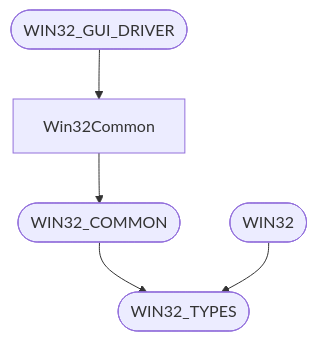
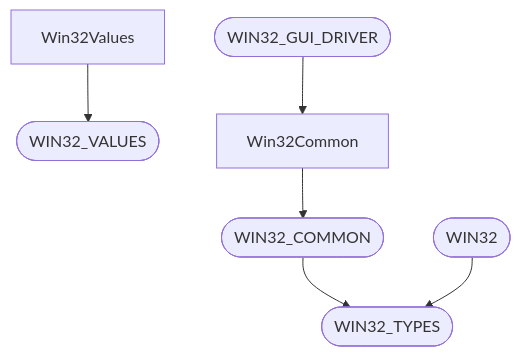
Before and after one commit to ruudkoot/rune: the second of 2 diagrams in docs/lib/ffi/win32/common/depends.md, drawn with Mermaid. The commit also changed other lines of this file and 43 other files, not shown here.

````diff
--- a/docs/lib/ffi/win32/common/depends.md
+++ b/docs/lib/ffi/win32/common/depends.md
@@ -31,12 +31,15 @@
 ```mermaid
 flowchart TD
-  n0(["WIN32_TYPES"])
-  n1(["WIN32_COMMON"])
-  n2["Win32Common"]
-  n3(["WIN32_GUI_DRIVER"])
-  n4(["WIN32"])
+  n0(["WIN32_VALUES"])
+  n1["Win32Values"]
+  n2(["WIN32_TYPES"])
+  n3(["WIN32_COMMON"])
+  n4["Win32Common"]
+  n5(["WIN32_GUI_DRIVER"])
+  n6(["WIN32"])
   n1 --> n0
-  n2 --> n1
   n3 --> n2
-  n4 --> n0
+  n4 --> n3
+  n5 --> n4
+  n6 --> n2
 ```
````
